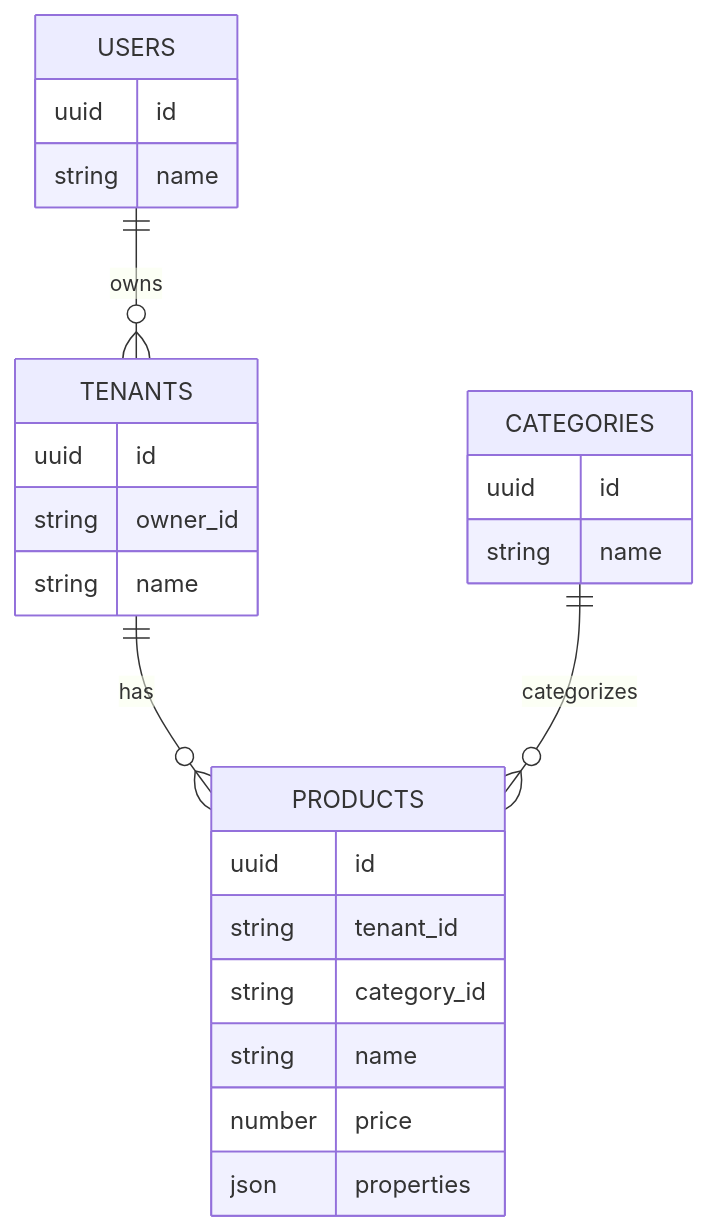
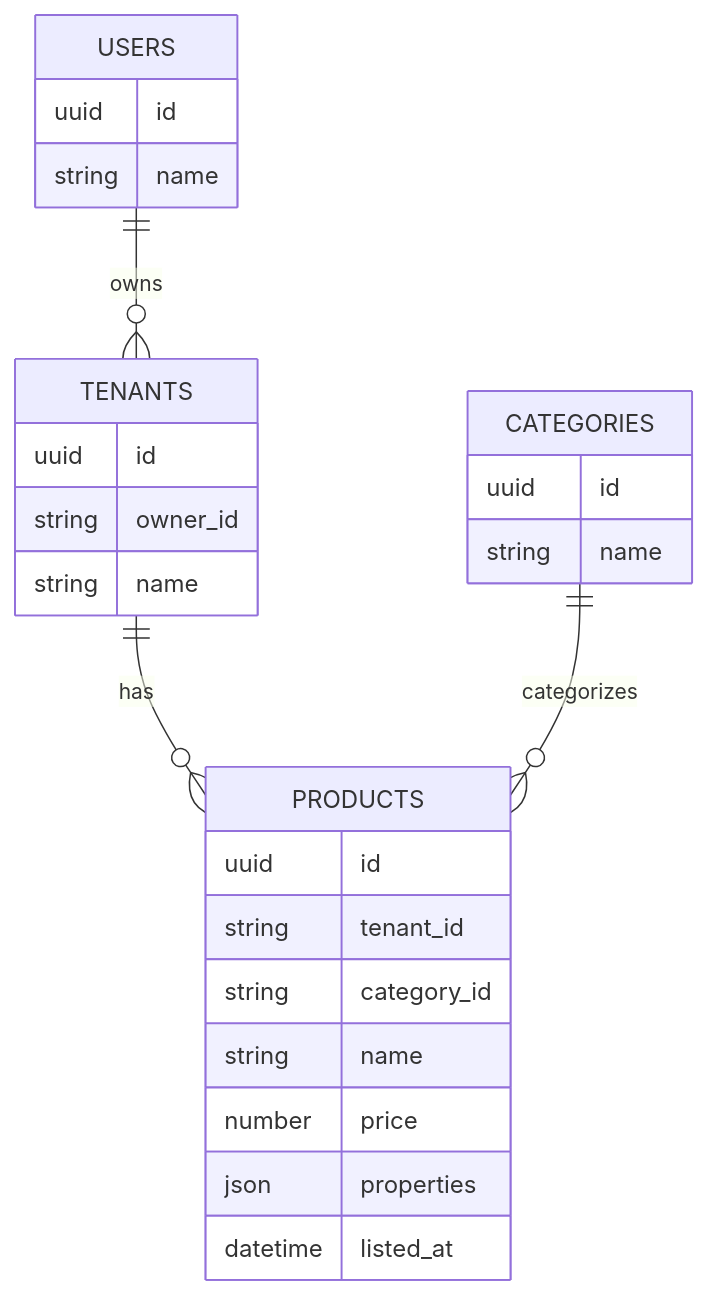
Before and after one commit to t-kuni/cqrs-example: the diagram in spec/データモデル.md, drawn with Mermaid. The commit also changed other lines of this file, not shown here.

````diff
--- a/spec/データモデル.md
+++ b/spec/データモデル.md
@@ -5,32 +5,33 @@
 ```mermaid
 erDiagram
     USERS {
         uuid id
         string name
     }
 
     TENANTS {
         uuid id
         string owner_id
         string name
     }
 
     PRODUCTS {
         uuid id
         string tenant_id
         string category_id
         string name
         number price
         json properties
+        datetime listed_at
     }
 
     CATEGORIES {
         uuid id
         string name
     }
 
     USERS ||--o{ TENANTS : owns
     TENANTS ||--o{ PRODUCTS : has
     CATEGORIES ||--o{ PRODUCTS : categorizes
 
 ```
````
